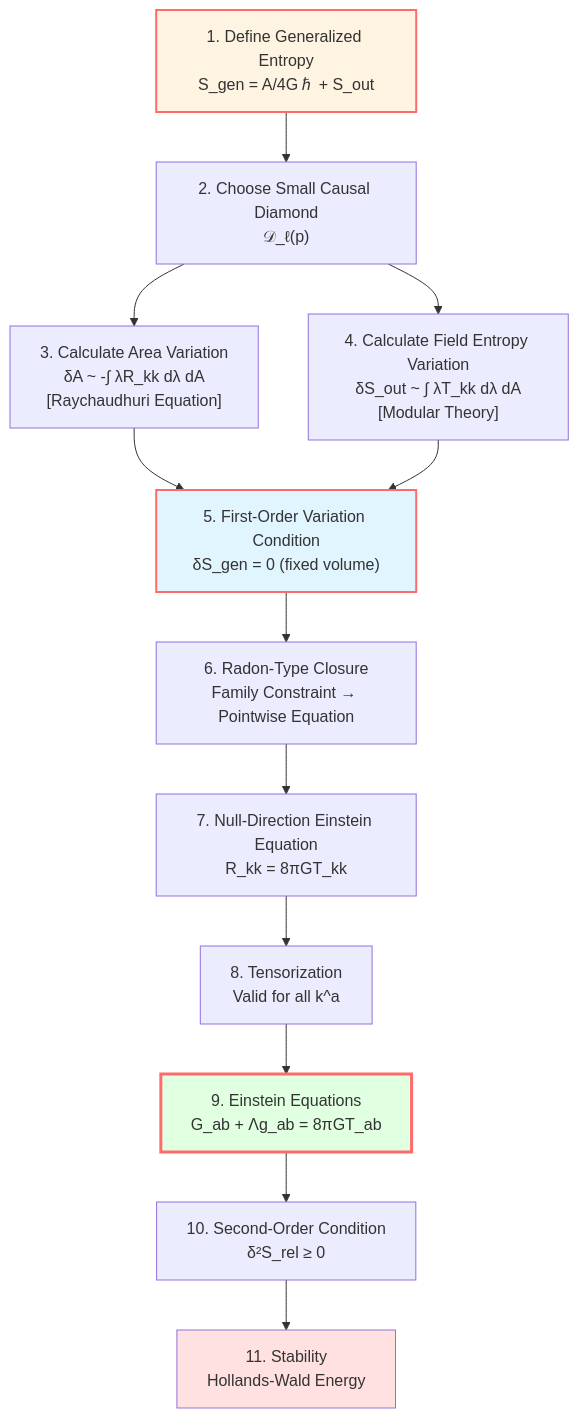
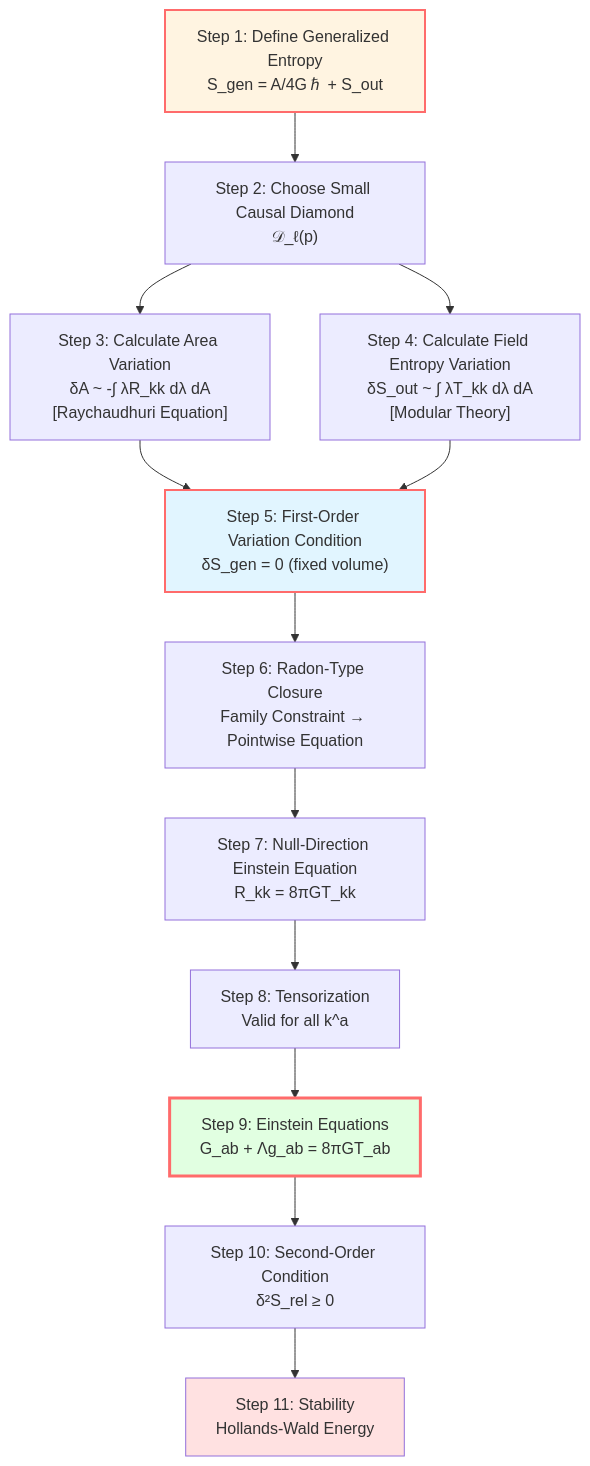
The second of 4 diagrams in docs/euler-article/gls-union/04-igvp-framework/00-igvp-overview_en.md (loning/zeckendorf-hilbert), drawn with Mermaid before and after one commit. The commit also changed 26 other files, not shown here.

````diff
--- a/docs/euler-article/gls-union/04-igvp-framework/00-igvp-overview_en.md
+++ b/docs/euler-article/gls-union/04-igvp-framework/00-igvp-overview_en.md
@@ -121,22 +121,22 @@
 ```mermaid
 graph TB
-    S1["1. Define Generalized Entropy<br/>S_gen = A/4Gℏ + S_out"] --> S2["2. Choose Small Causal Diamond<br/>𝒟_ℓ(p)"]
-    S2 --> S3["3. Calculate Area Variation<br/>δA ~ -∫ λR_kk dλ dA<br/>[Raychaudhuri Equation]"]
-    S2 --> S4["4. Calculate Field Entropy Variation<br/>δS_out ~ ∫ λT_kk dλ dA<br/>[Modular Theory]"]
+    S1["Step 1: Define Generalized Entropy<br/>S_gen = A/4Gℏ + S_out"] --> S2["Step 2: Choose Small Causal Diamond<br/>𝒟_ℓ(p)"]
+    S2 --> S3["Step 3: Calculate Area Variation<br/>δA ~ -∫ λR_kk dλ dA<br/>[Raychaudhuri Equation]"]
+    S2 --> S4["Step 4: Calculate Field Entropy Variation<br/>δS_out ~ ∫ λT_kk dλ dA<br/>[Modular Theory]"]
 
-    S3 --> S5["5. First-Order Variation Condition<br/>δS_gen = 0 (fixed volume)"]
+    S3 --> S5["Step 5: First-Order Variation Condition<br/>δS_gen = 0 (fixed volume)"]
     S4 --> S5
 
-    S5 --> S6["6. Radon-Type Closure<br/>Family Constraint → Pointwise Equation"]
-    S6 --> S7["7. Null-Direction Einstein Equation<br/>R_kk = 8πGT_kk"]
-    S7 --> S8["8. Tensorization<br/>Valid for all k^a"]
-    S8 --> S9["9. Einstein Equations<br/>G_ab + Λg_ab = 8πGT_ab"]
+    S5 --> S6["Step 6: Radon-Type Closure<br/>Family Constraint → Pointwise Equation"]
+    S6 --> S7["Step 7: Null-Direction Einstein Equation<br/>R_kk = 8πGT_kk"]
+    S7 --> S8["Step 8: Tensorization<br/>Valid for all k^a"]
+    S8 --> S9["Step 9: Einstein Equations<br/>G_ab + Λg_ab = 8πGT_ab"]
 
-    S9 --> S10["10. Second-Order Condition<br/>δ²S_rel ≥ 0"]
-    S10 --> S11["11. Stability<br/>Hollands-Wald Energy"]
+    S9 --> S10["Step 10: Second-Order Condition<br/>δ²S_rel ≥ 0"]
+    S10 --> S11["Step 11: Stability<br/>Hollands-Wald Energy"]
 
     style S1 fill:#fff4e1,stroke:#ff6b6b,stroke-width:2px
     style S5 fill:#e1f5ff,stroke:#ff6b6b,stroke-width:2px
     style S9 fill:#e1ffe1,stroke:#ff6b6b,stroke-width:3px
     style S11 fill:#ffe1e1
 ```
````
